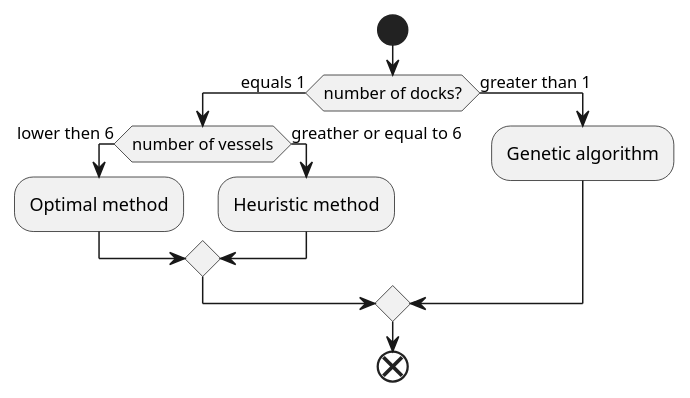
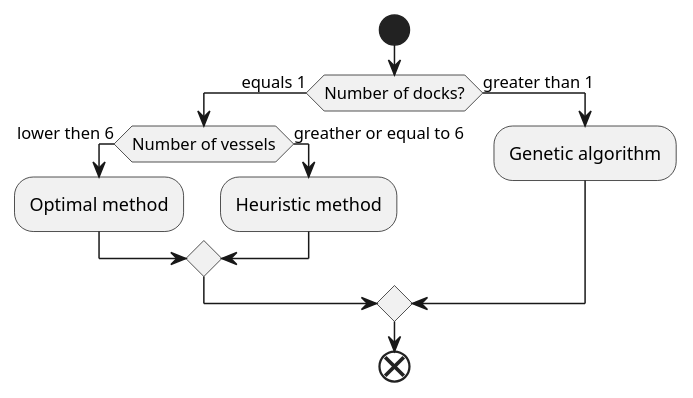
The diagram in docs/AlgorithmSelection.puml (crodrigos/IARTI-2425), drawn with PlantUML before and after one commit. The commit also changed 3 other files, not shown here.

Commit message:
Sequence diagram for how system determines which alg to use

```diff
--- a/docs/AlgorithmSelection.puml
+++ b/docs/AlgorithmSelection.puml
@@ -1,19 +1,19 @@
 @startuml
 
 !pragma useVerticalIf on
 
 start
 
-if (number of docks?) then (equals 1)
-    if (number of vessels) then (lower then 6)
+if (Number of docks?) then (equals 1)
+    if (Number of vessels) then (lower then 6)
         :Optimal method;
     else (greather or equal to 6)
         :Heuristic method;
     endif
 else (greater than 1)
     :Genetic algorithm;
 endif
 
 end
 
 @enduml
```
